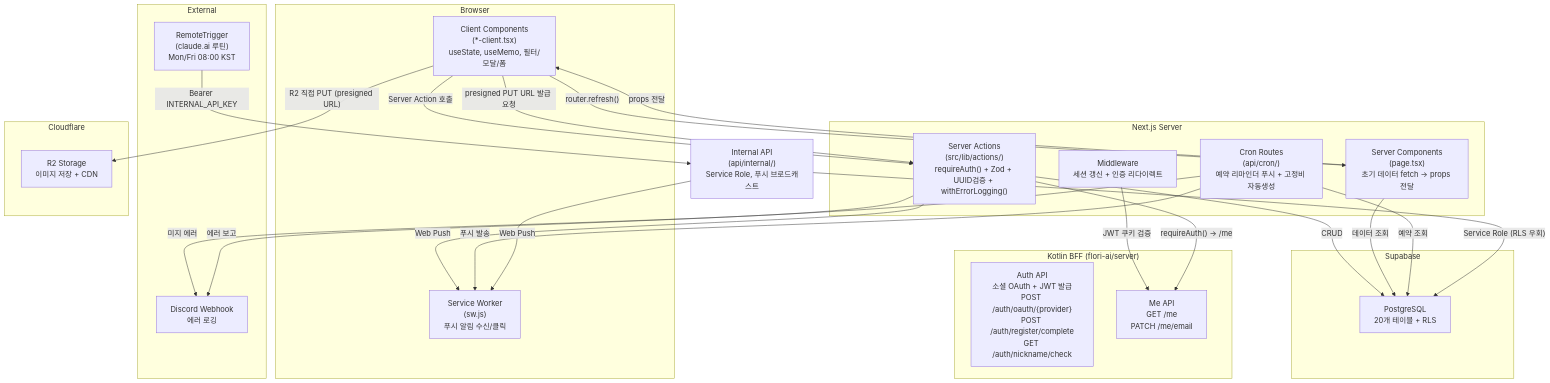
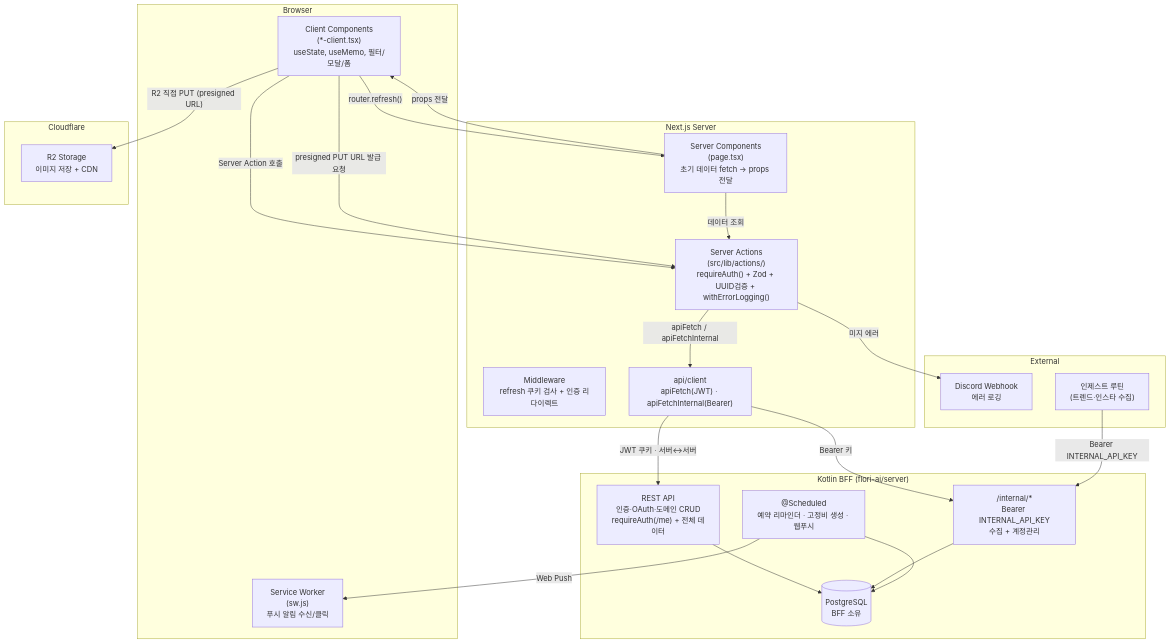
Before and after one commit to flori-ai-kr/web: the first of 5 diagrams in docs/ARCHITECTURE.md, drawn with Mermaid. The commit also changed other lines of this file and 601 other files, not shown here.

First line of the commit message:
feat: 커뮤니티 게시판 + Supabase 제거(BFF 전면 전환) + 헤더 리디자인 (#64)

````diff
--- a/docs/ARCHITECTURE.md
+++ b/docs/ARCHITECTURE.md
@@ -11,50 +11,46 @@
 ```mermaid
 graph TB
     subgraph Browser
         CC["Client Components<br/>(*-client.tsx)<br/>useState, useMemo, 필터/모달/폼"]
         SW["Service Worker<br/>(sw.js)<br/>푸시 알림 수신/클릭"]
     end
 
     subgraph NextServer["Next.js Server"]
-        MW["Middleware<br/>세션 갱신 + 인증 리다이렉트"]
+        MW["Middleware<br/>refresh 쿠키 검사 + 인증 리다이렉트"]
         SC["Server Components<br/>(page.tsx)<br/>초기 데이터 fetch → props 전달"]
         SA["Server Actions<br/>(src/lib/actions/)<br/>requireAuth() + Zod + UUID검증 + withErrorLogging()"]
-        CR["Cron Routes<br/>(api/cron/)<br/>예약 리마인더 푸시 + 고정비 자동생성"]
+        AC["api/client<br/>apiFetch(JWT) · apiFetchInternal(Bearer)"]
     end
 
     subgraph External
         DC["Discord Webhook<br/>에러 로깅"]
-        RT["RemoteTrigger<br/>(claude.ai 루틴)<br/>Mon/Fri 08:00 KST"]
-    end
-
-    subgraph Supabase
-        PG["PostgreSQL<br/>20개 테이블 + RLS"]
+        RT["인제스트 루틴<br/>(트렌드·인스타 수집)"]
     end
 
     subgraph KotlinBFF["Kotlin BFF (flori-ai/server)"]
-        KA["Auth API<br/>소셜 OAuth + JWT 발급<br/>POST /auth/oauth/{provider}<br/>POST /auth/register/complete<br/>GET /auth/nickname/check"]
-        KM["Me API<br/>GET /me<br/>PATCH /me/email"]
+        KAPI["REST API<br/>인증·OAuth·도메인 CRUD<br/>requireAuth(/me) + 전체 데이터"]
+        KINT["/internal/*<br/>Bearer INTERNAL_API_KEY<br/>수집 + 계정관리"]
+        KSCHED["@Scheduled<br/>예약 리마인더 · 고정비 생성 · 웹푸시"]
+        PG[("PostgreSQL<br/>BFF 소유")]
     end
 
     subgraph Cloudflare
         R2["R2 Storage<br/>이미지 저장 + CDN"]
     end
 
     CC -->|"Server Action 호출"| SA
     CC -->|"presigned PUT URL 발급 요청"| SA
     CC -->|"R2 직접 PUT (presigned URL)"| R2
     CC -->|"router.refresh()"| SC
     SC -->|"props 전달"| CC
-    MW -->|"JWT 쿠키 검증"| KM
-    SA -->|"requireAuth() → /me"| KM
-    SA -->|"CRUD"| PG
+    SC -->|"데이터 조회"| SA
+    SA -->|"apiFetch / apiFetchInternal"| AC
+    AC -->|"JWT 쿠키 · 서버↔서버"| KAPI
+    AC -->|"Bearer 키"| KINT
     SA -->|"미지 에러"| DC
-    SA -->|"Web Push"| SW
-    SC -->|"데이터 조회"| PG
-    CR -->|"예약 조회"| PG
-    CR -->|"푸시 발송"| SW
-    CR -->|"에러 보고"| DC
-    RT -->|"Bearer INTERNAL_API_KEY"| IA["Internal API<br/>(api/internal/)<br/>Service Role, 푸시 브로드캐스트"]
-    IA -->|"Service Role (RLS 우회)"| PG
-    IA -->|"Web Push"| SW
+    KAPI --> PG
+    KINT --> PG
+    KSCHED --> PG
+    KSCHED -->|"Web Push"| SW
+    RT -->|"Bearer INTERNAL_API_KEY"| KINT
 ```
````
